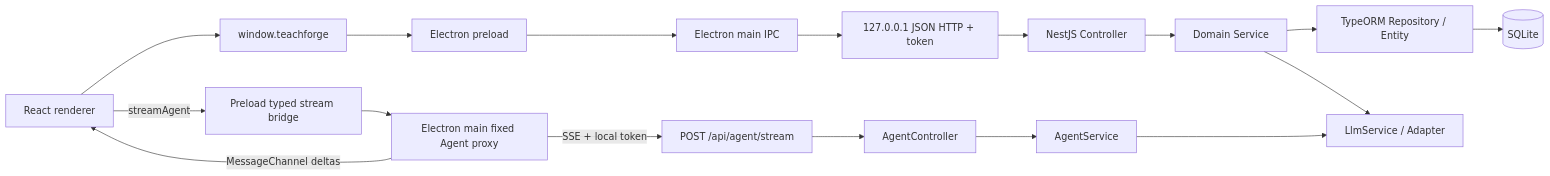
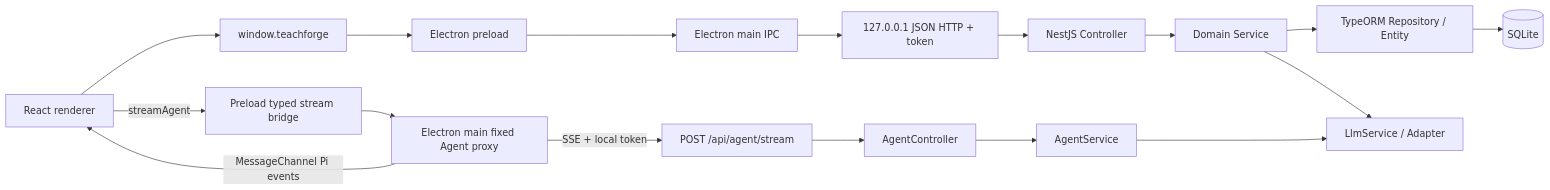
The diagram in docs/current/platform/architecture-and-code-placement.md (yuchentime/tech-forge), drawn with Mermaid before and after one commit. The commit also changed other lines of this file and 23 other files, not shown here.

Commit message:
feat(agent): stream safe Pi events to UI

````diff
--- a/docs/current/platform/architecture-and-code-placement.md
+++ b/docs/current/platform/architecture-and-code-placement.md
@@ -38,19 +38,19 @@
 ```mermaid
 flowchart LR
   UI[React renderer] --> Bridge[window.teachforge]
   Bridge --> Preload[Electron preload]
   Preload --> IPC[Electron main IPC]
   IPC --> HTTP[127.0.0.1 JSON HTTP + token]
   HTTP --> Nest[NestJS Controller]
   Nest --> Service[Domain Service]
   Service --> ORM[TypeORM Repository / Entity]
   ORM --> DB[(SQLite)]
   Service --> LLM[LlmService / Adapter]
   UI -->|streamAgent| StreamBridge[Preload typed stream bridge]
   StreamBridge --> MainStream[Electron main fixed Agent proxy]
   MainStream -->|SSE + local token| AgentHTTP[POST /api/agent/stream]
   AgentHTTP --> AgentController[AgentController]
   AgentController --> AgentService[AgentService]
   AgentService --> LLM
-  MainStream -->|MessageChannel deltas| UI
+  MainStream -->|MessageChannel Pi events| UI
 ```
````
